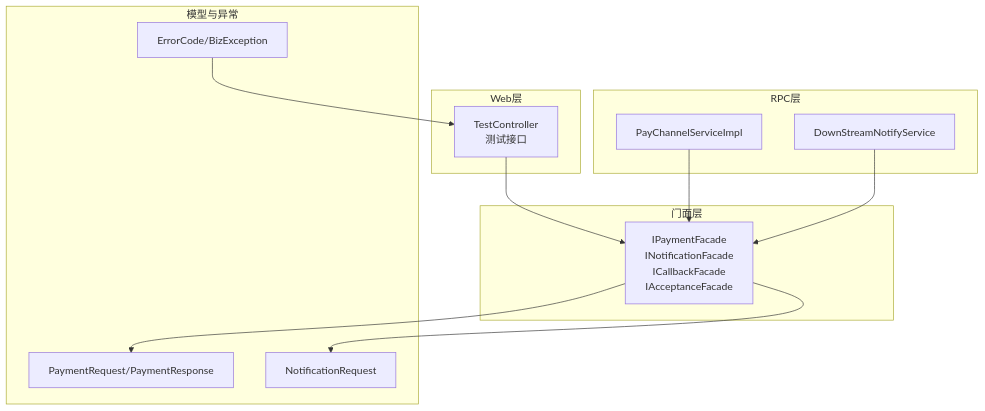
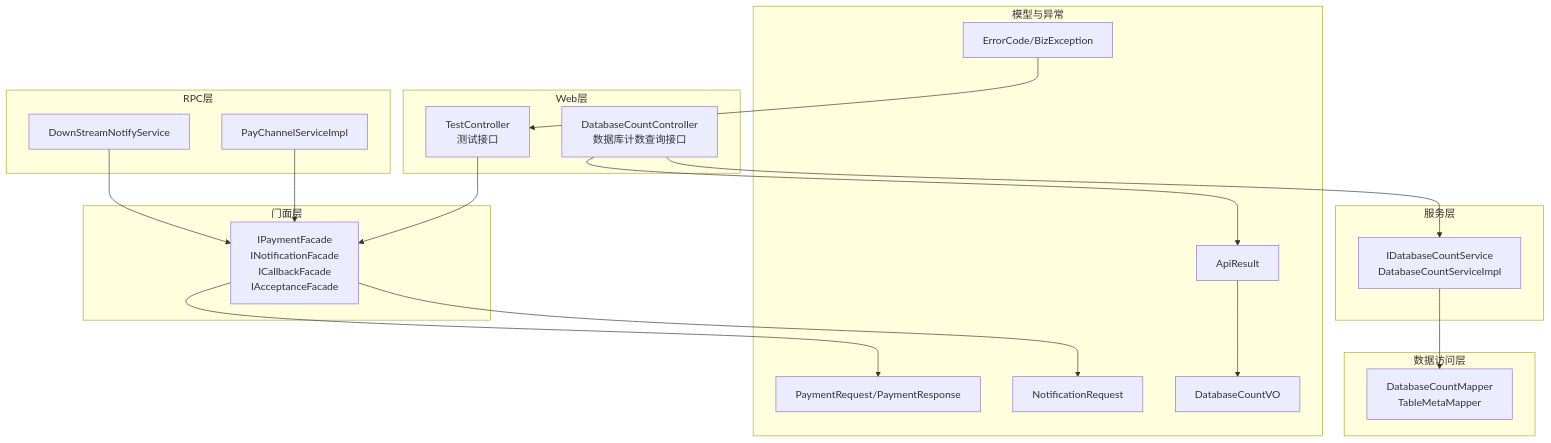
One commit to magicliang/domain-driven-transaction-sys changed the first of 7 diagrams in .qoder/repowiki/zh/content/API接口文档.md. Above: the diagram before and after it, drawn with Mermaid. The commit also changed other lines of this file and 37 other files, not shown here.

````diff
--- a/.qoder/repowiki/zh/content/API接口文档.md
+++ b/.qoder/repowiki/zh/content/API接口文档.md
@@ -40,24 +55,37 @@
 ```mermaid
 graph TB
 subgraph "Web层"
 TC["TestController<br/>测试接口"]
+DC["DatabaseCountController<br/>数据库计数查询接口"]
 end
 subgraph "门面层"
 IFace["IPaymentFacade<br/>INotificationFacade<br/>ICallbackFacade<br/>IAcceptanceFacade"]
+end
+subgraph "服务层"
+IDS["IDatabaseCountService<br/>DatabaseCountServiceImpl"]
+end
+subgraph "数据访问层"
+DCM["DatabaseCountMapper<br/>TableMetaMapper"]
 end
 subgraph "RPC层"
 RPC1["PayChannelServiceImpl"]
 RPC2["DownStreamNotifyService"]
 end
 subgraph "模型与异常"
 PM["PaymentRequest/PaymentResponse"]
 NM["NotificationRequest"]
+DCVO["DatabaseCountVO"]
+AR["ApiResult"]
 EC["ErrorCode/BizException"]
 end
 TC --> IFace
+DC --> IDS
 RPC1 --> IFace
 RPC2 --> IFace
+IDS --> DCM
+DC --> AR
 IFace --> PM
 IFace --> NM
+AR --> DCVO
 EC --> TC
 ```
````
